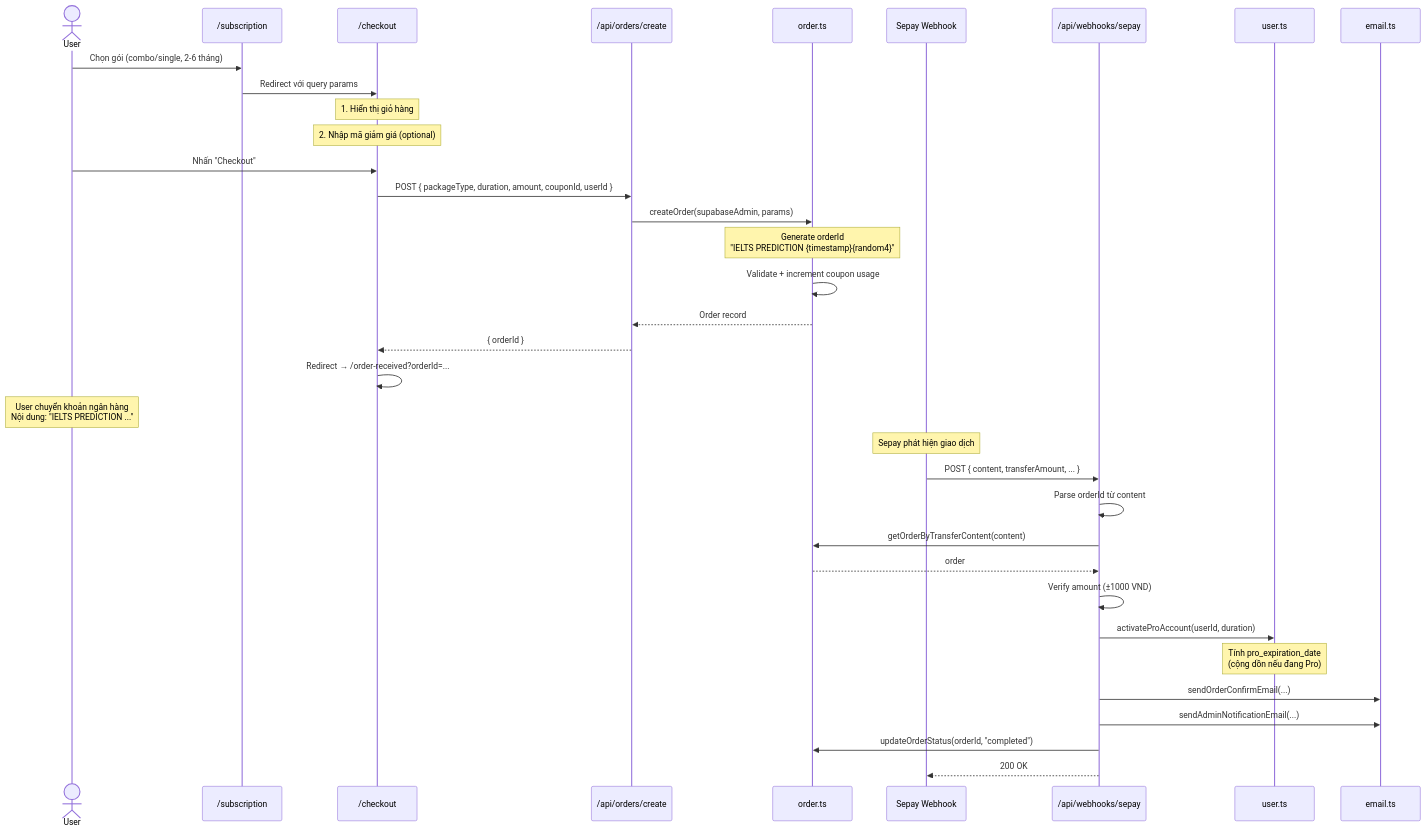
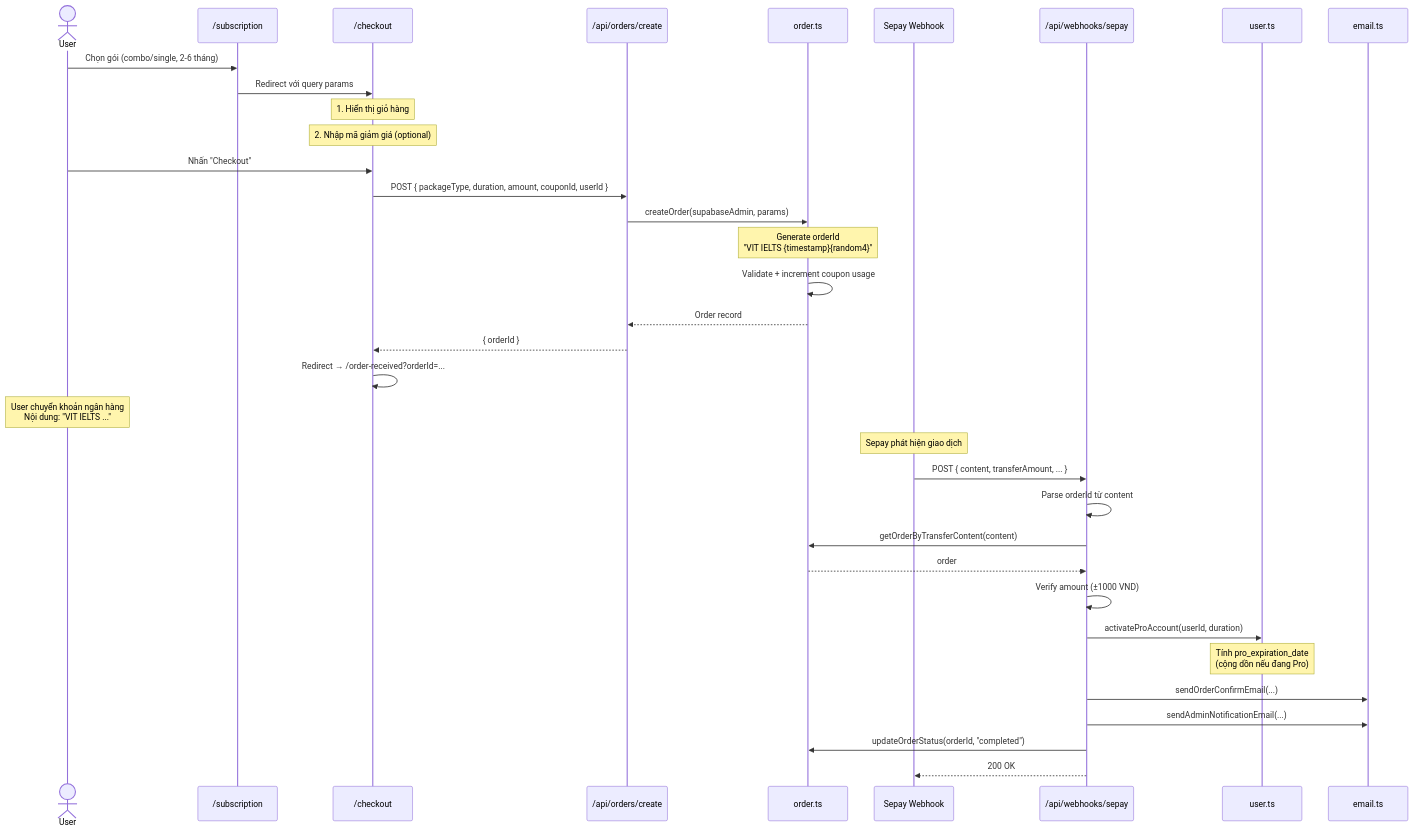
One commit to squareomni-arch/vit-ielts changed diagram 15 of 17 in project-walkthrough.md. Above: the diagram before and after it, drawn with Mermaid. The commit also changed other lines of this file and 145 other files, not shown here.

````diff
--- a/project-walkthrough.md
+++ b/project-walkthrough.md
@@ -762,48 +762,48 @@
 ```mermaid
 sequenceDiagram
     actor User
     participant Sub as /subscription
     participant Checkout as /checkout
     participant API as /api/orders/create
     participant OrderSvc as order.ts
     participant Sepay as Sepay Webhook
     participant WebhookAPI as /api/webhooks/sepay
     participant UserSvc as user.ts
     participant EmailSvc as email.ts
 
     User->>Sub: Chọn gói (combo/single, 2-6 tháng)
     Sub->>Checkout: Redirect với query params
     
     Note over Checkout: 1. Hiển thị giỏ hàng
     Note over Checkout: 2. Nhập mã giảm giá (optional)
     
     User->>Checkout: Nhấn "Checkout"
     Checkout->>API: POST { packageType, duration, amount, couponId, userId }
     API->>OrderSvc: createOrder(supabaseAdmin, params)
     
-    Note over OrderSvc: Generate orderId<br/>"IELTS PREDICTION {timestamp}{random4}"
+    Note over OrderSvc: Generate orderId<br/>"VIT IELTS {timestamp}{random4}"
     OrderSvc->>OrderSvc: Validate + increment coupon usage
     OrderSvc-->>API: Order record
     API-->>Checkout: { orderId }
     Checkout->>Checkout: Redirect → /order-received?orderId=...
     
-    Note over User: User chuyển khoản ngân hàng<br/>Nội dung: "IELTS PREDICTION ..."
+    Note over User: User chuyển khoản ngân hàng<br/>Nội dung: "VIT IELTS ..."
     
     Note over Sepay: Sepay phát hiện giao dịch
     Sepay->>WebhookAPI: POST { content, transferAmount, ... }
     
     WebhookAPI->>WebhookAPI: Parse orderId từ content
     WebhookAPI->>OrderSvc: getOrderByTransferContent(content)
     OrderSvc-->>WebhookAPI: order
     
     WebhookAPI->>WebhookAPI: Verify amount (±1000 VND)
     
     WebhookAPI->>UserSvc: activateProAccount(userId, duration)
     Note over UserSvc: Tính pro_expiration_date<br/>(cộng dồn nếu đang Pro)
     
     WebhookAPI->>EmailSvc: sendOrderConfirmEmail(...)
     WebhookAPI->>EmailSvc: sendAdminNotificationEmail(...)
     WebhookAPI->>OrderSvc: updateOrderStatus(orderId, "completed")
     
     WebhookAPI-->>Sepay: 200 OK
 ```
````
